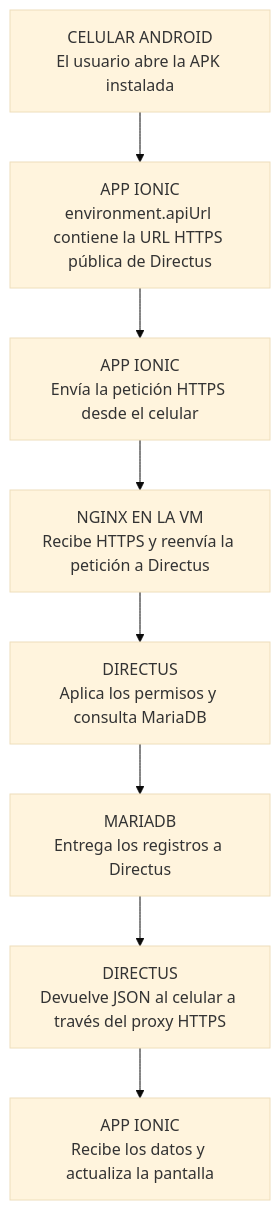
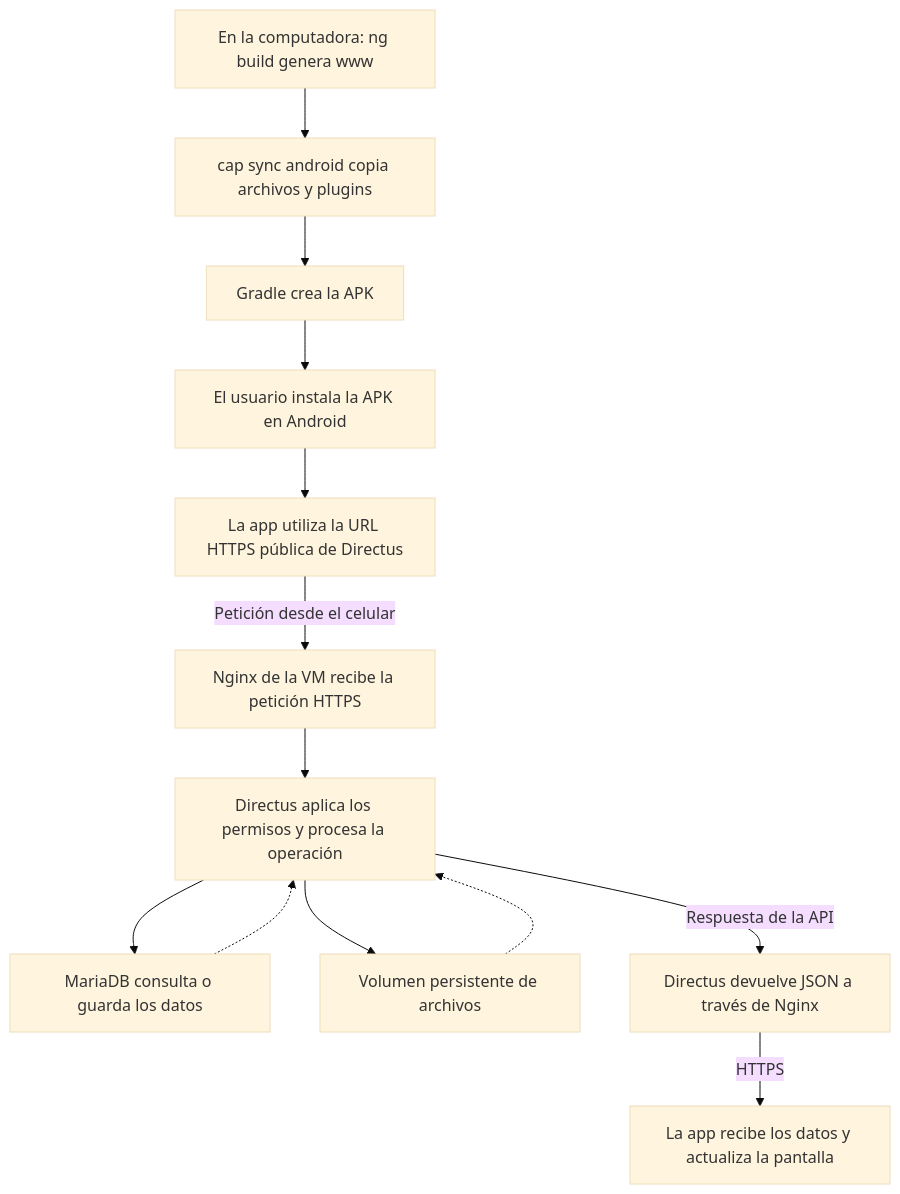
Before and after one commit to JonathanDeLaCruz/docker_moviles: the diagram in docs/manuales/recursos/flujos/16-despliegue.mmd, drawn with Mermaid (base theme). The commit also changed 97 other files, not shown here.

Commit message:
Restaura diagramas con ramas y flujo descendente en los manuales

```diff
--- a/docs/manuales/recursos/flujos/16-despliegue.mmd
+++ b/docs/manuales/recursos/flujos/16-despliegue.mmd
@@ -1,16 +1,24 @@
 flowchart TD
-  N0["CELULAR ANDROID<br/>El usuario abre la APK instalada"]
-  N1["APP IONIC<br/>environment.apiUrl contiene la URL HTTPS pública de Directus"]
-  N2["APP IONIC<br/>Envía la petición HTTPS desde el celular"]
-  N3["NGINX EN LA VM<br/>Recibe HTTPS y reenvía la petición a Directus"]
-  N4["DIRECTUS<br/>Aplica los permisos y consulta MariaDB"]
-  N5["MARIADB<br/>Entrega los registros a Directus"]
-  N6["DIRECTUS<br/>Devuelve JSON al celular a través del proxy HTTPS"]
-  N7["APP IONIC<br/>Recibe los datos y actualiza la pantalla"]
-  N0 --> N1
-  N1 --> N2
-  N2 --> N3
-  N3 --> N4
-  N4 --> N5
-  N5 --> N6
-  N6 --> N7
+  BUILD["En la computadora: ng build genera www"]
+  SYNC["cap sync android copia archivos y plugins"]
+  APK["Gradle crea la APK"]
+  INSTALL["El usuario instala la APK en Android"]
+  APP["La app utiliza la URL HTTPS pública de Directus"]
+  HTTPS["Nginx de la VM recibe la petición HTTPS"]
+  API["Directus aplica los permisos y procesa la operación"]
+  DB["MariaDB consulta o guarda los datos"]
+  FILES["Volumen persistente de archivos"]
+  RESPONSE["Directus devuelve JSON a través de Nginx"]
+  SCREEN["La app recibe los datos y actualiza la pantalla"]
+  BUILD --> SYNC
+  SYNC --> APK
+  APK --> INSTALL
+  INSTALL --> APP
+  APP -->|"Petición desde el celular"| HTTPS
+  HTTPS --> API
+  API --> DB
+  DB -.-> API
+  API --> FILES
+  FILES -.-> API
+  API -->|"Respuesta de la API"| RESPONSE
+  RESPONSE -->|"HTTPS"| SCREEN
```
